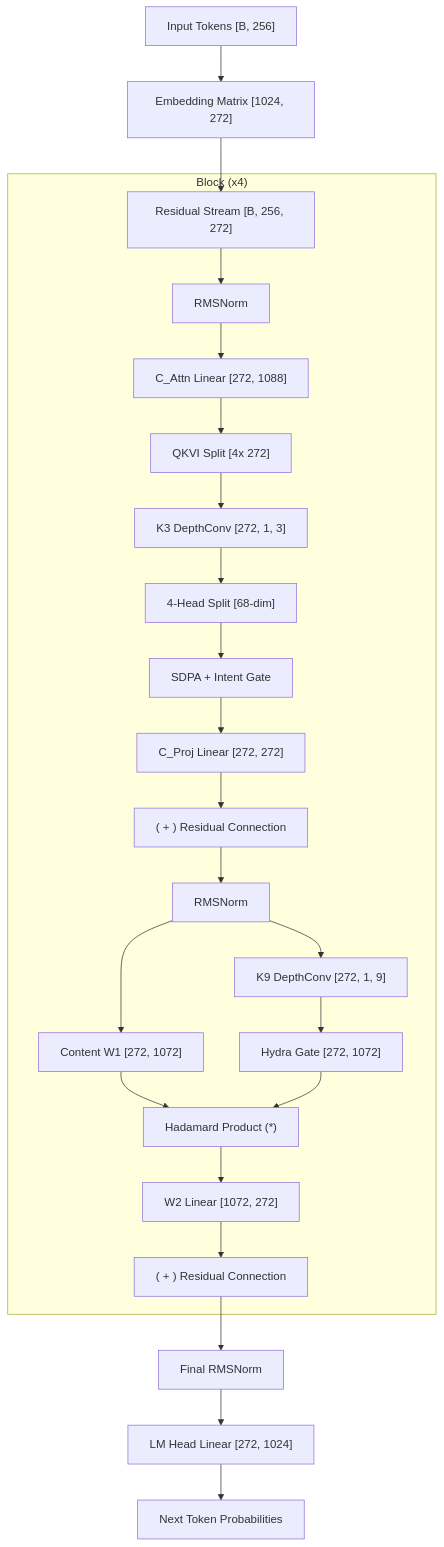
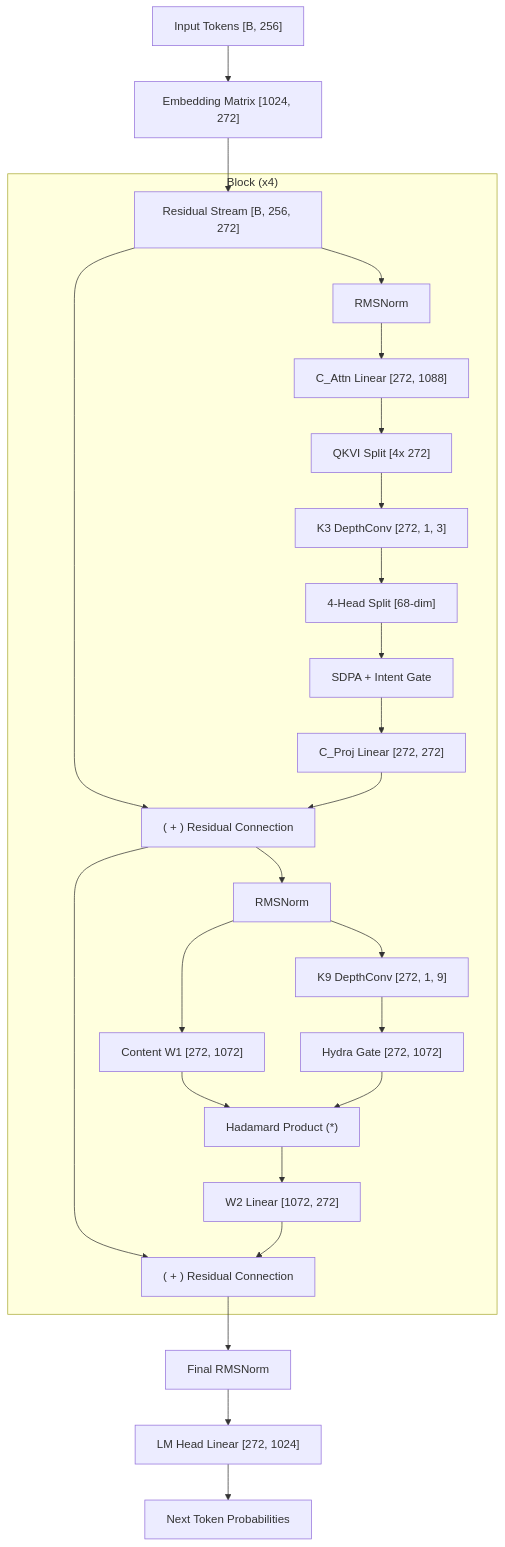
One commit to luozichen/NeonBench changed the diagram in docs/neon167.md. Above: the diagram before and after it, drawn with Mermaid. The commit also changed other lines of this file, not shown here.

````diff
--- a/docs/neon167.md
+++ b/docs/neon167.md
@@ -108,29 +108,35 @@
 ```mermaid
 graph TD
     A["Input Tokens [B, 256]"] --> B["Embedding Matrix [1024, 272]"]
     B --> C["Residual Stream [B, 256, 272]"]
     
     subgraph "Block (x4)"
     C --> D["RMSNorm"]
     D --> E["C_Attn Linear [272, 1088]"]
     E --> F["QKVI Split [4x 272]"]
     F --> G["K3 DepthConv [272, 1, 3]"]
     G --> H["4-Head Split [68-dim]"]
     H --> I["SDPA + Intent Gate"]
     I --> J["C_Proj Linear [272, 272]"]
-    J --> K["( + ) Residual Connection"]
+    
+    %% CORRECTED: Added the skip connection from C to K
+    C --> K["( + ) Residual Connection"]
+    J --> K
     
     K --> L["RMSNorm"]
     L --> M["K9 DepthConv [272, 1, 9]"]
     M --> N["Hydra Gate [272, 1072]"]
     L --> O["Content W1 [272, 1072]"]
     O --> P["Hadamard Product (*)"]
     N --> P
     P --> Q["W2 Linear [1072, 272]"]
-    Q --> R["( + ) Residual Connection"]
+    
+    %% CORRECTED: Added the skip connection from K to R
+    K --> R["( + ) Residual Connection"]
+    Q --> R
     end
     
     R --> S["Final RMSNorm"]
     S --> T["LM Head Linear [272, 1024]"]
     T --> U["Next Token Probabilities"]
 ```
````
